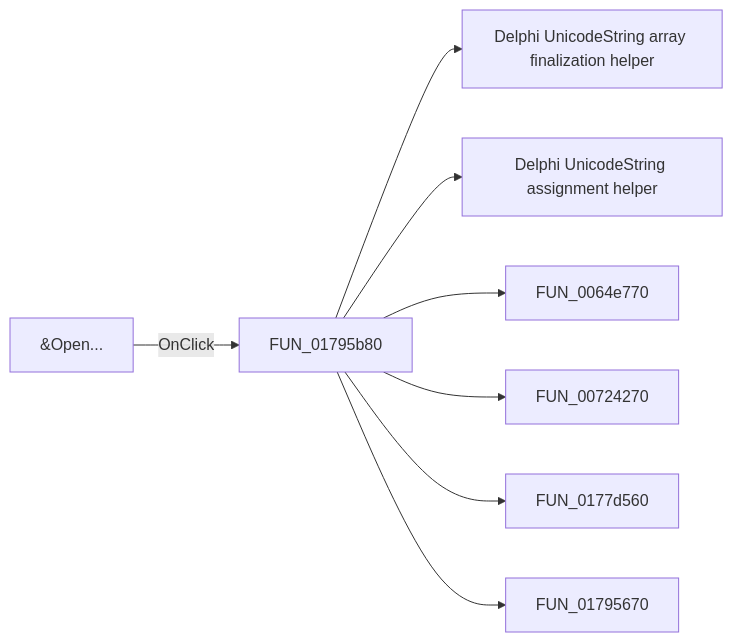
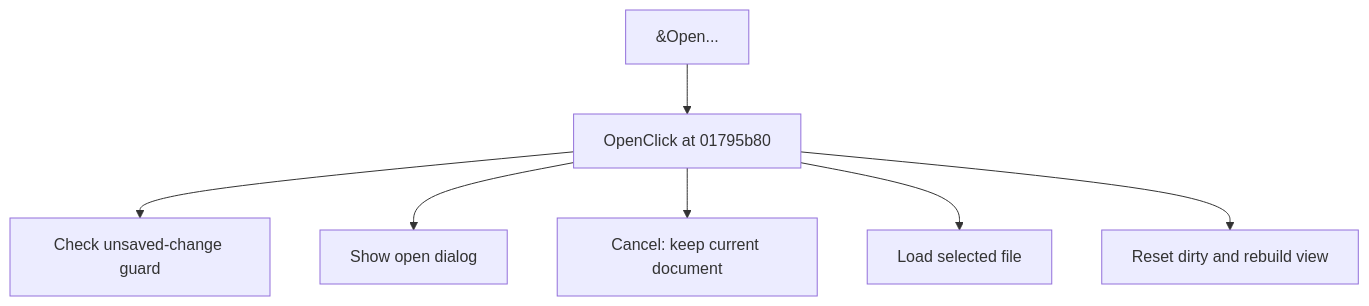
Before and after one commit to MovGP0/TIARA: the diagram in docs/ui-controls/shapeedit/open-d7db1ca263.md, drawn with Mermaid. The commit also changed other lines of this file and 1062 other files, not shown here.

````diff
--- a/docs/ui-controls/shapeedit/open-d7db1ca263.md
+++ b/docs/ui-controls/shapeedit/open-d7db1ca263.md
@@ -27,10 +27,9 @@
 ```mermaid
-flowchart LR
-    control["&Open..."] -->|OnClick| handler["FUN_01795b80"]
-    handler --> call1["Delphi UnicodeString array finalization helper"]
-    handler --> call2["Delphi UnicodeString assignment helper"]
-    handler --> call3["FUN_0064e770"]
-    handler --> call4["FUN_00724270"]
-    handler --> call5["FUN_0177d560"]
-    handler --> call6["FUN_01795670"]
+flowchart TD
+    control["&Open..."] --> handler["OpenClick at 01795b80"]
+    handler --> step1["Check unsaved-change guard"]
+    handler --> step2["Show open dialog"]
+    handler --> step3["Cancel: keep current document"]
+    handler --> step4["Load selected file"]
+    handler --> step5["Reset dirty and rebuild view"]
 ```
````
